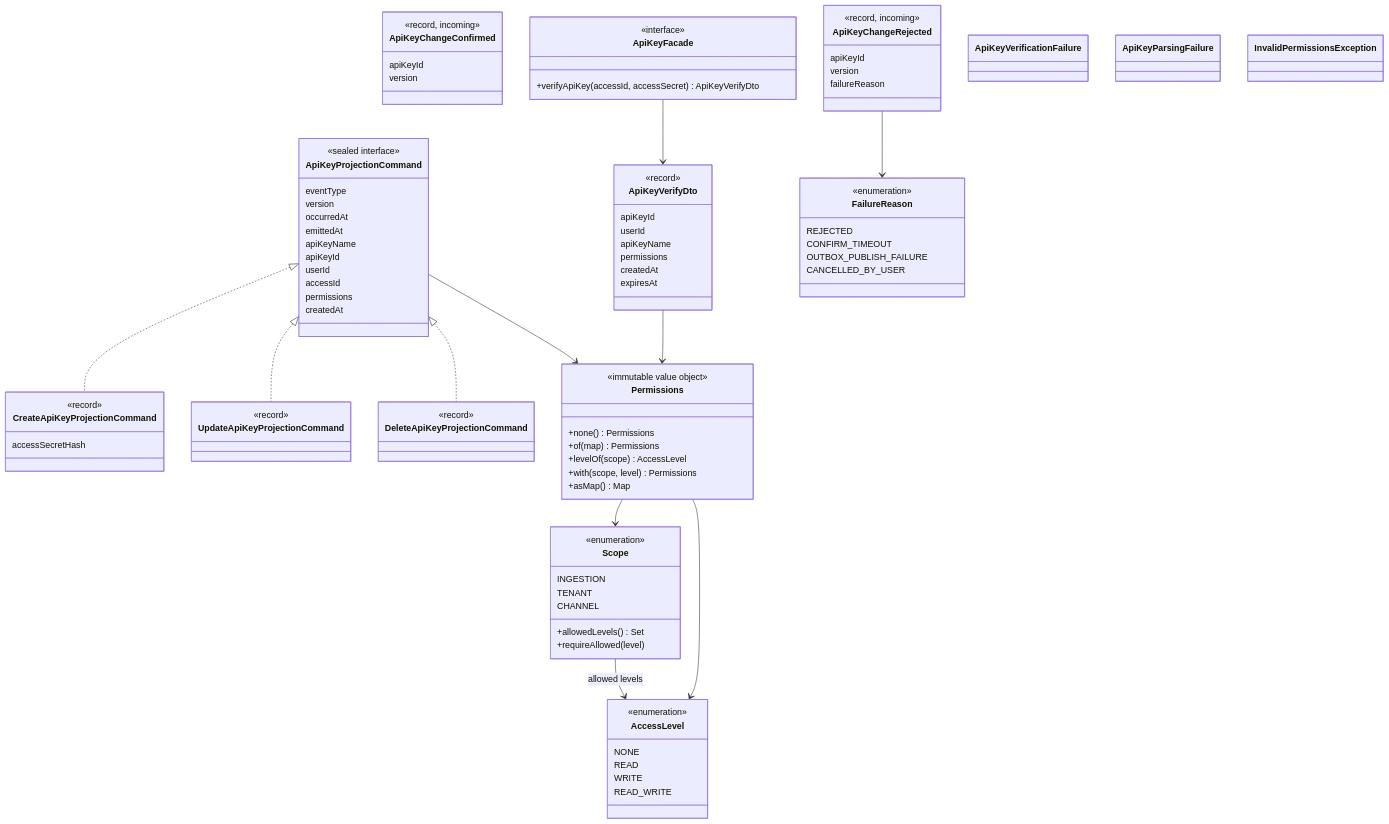
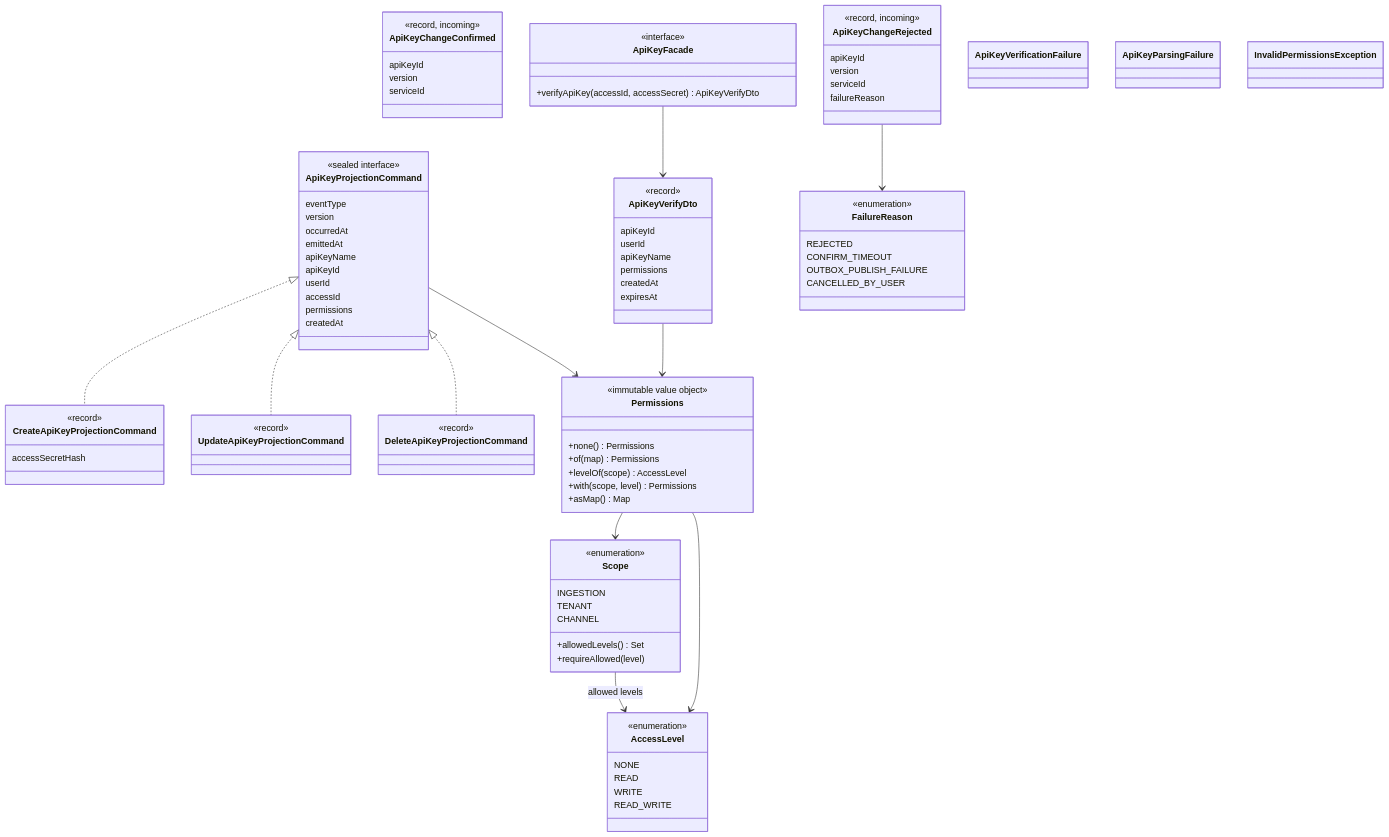
One commit to Dhiren9939/HQ-Tier0 changed the third of 7 diagrams in docs/access-class-structure.md. Above: the diagram before and after it, drawn with Mermaid. The commit also changed other lines of this file and 3 other files, not shown here.

```diff
--- a/docs/access-class-structure.md
+++ b/docs/access-class-structure.md
@@ -235,11 +235,13 @@
         <<record, incoming>>
         apiKeyId
         version
+        serviceId
     }
     class ApiKeyChangeRejected {
         <<record, incoming>>
         apiKeyId
         version
+        serviceId
         failureReason
     }
     class CreateApiKeyProjectionCommand {
```
